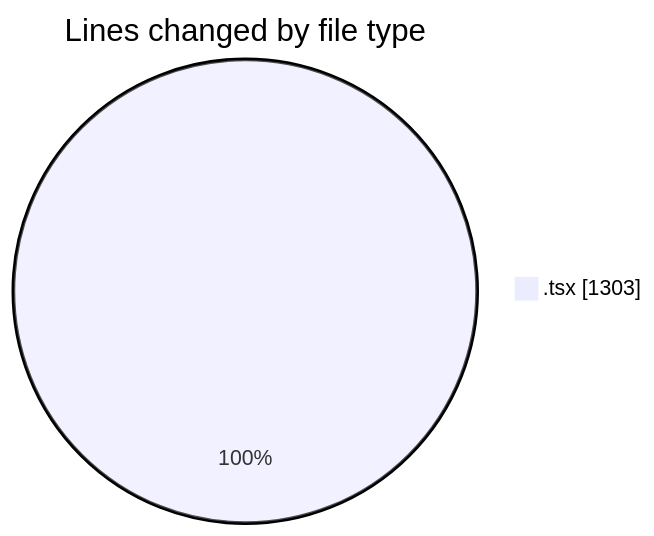
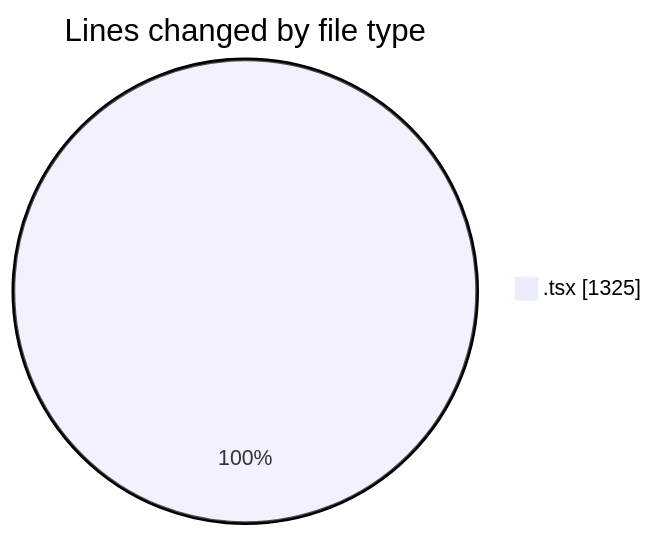
The first of 2 diagrams in 2025-03-11/mbc-web/README.md (robertbonfada/code-tracking), drawn with Mermaid before and after one commit. The commit also changed other lines of this file and 1 other file, not shown here.

````diff
--- a/2025-03-11/mbc-web/README.md
+++ b/2025-03-11/mbc-web/README.md
@@ -30,5 +31,5 @@
 ```mermaid
 pie showData
 title Lines changed by file type
-".tsx" : 1303
+".tsx" : 1325
 ```
````
